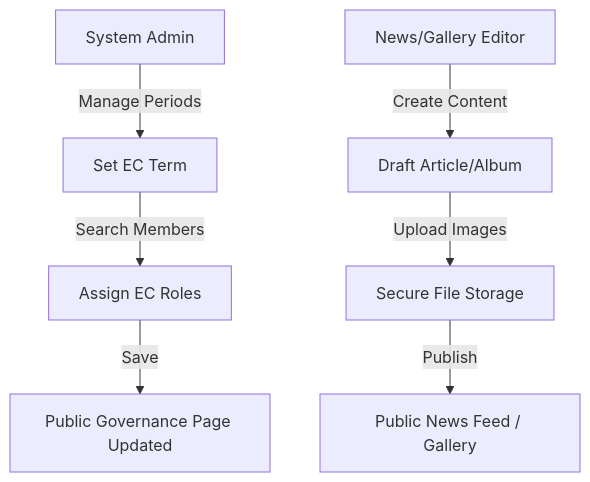
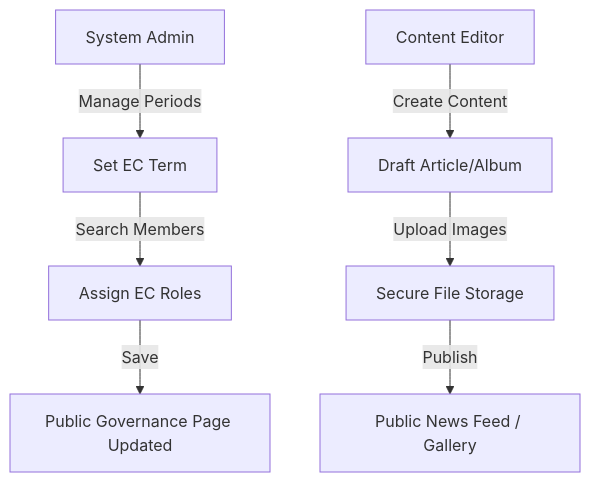
One commit to shalin-rahman/GHCAA changed the third of 4 diagrams in README.md. Above: the diagram before and after it, drawn with Mermaid. The commit also changed other lines of this file and 3 other files, not shown here.

````diff
--- a/README.md
+++ b/README.md
@@ -251,10 +113,10 @@
 ```mermaid
 graph TD
     A[System Admin] -->|Manage Periods| B[Set EC Term]
     B -->|Search Members| C[Assign EC Roles]
     C -->|Save| D[Public Governance Page Updated]
-  
-    E[News/Gallery Editor] -->|Create Content| F[Draft Article/Album]
+
+    E[Content Editor] -->|Create Content| F[Draft Article/Album]
     F -->|Upload Images| G[Secure File Storage]
     G -->|Publish| H[Public News Feed / Gallery]
 ```
````
